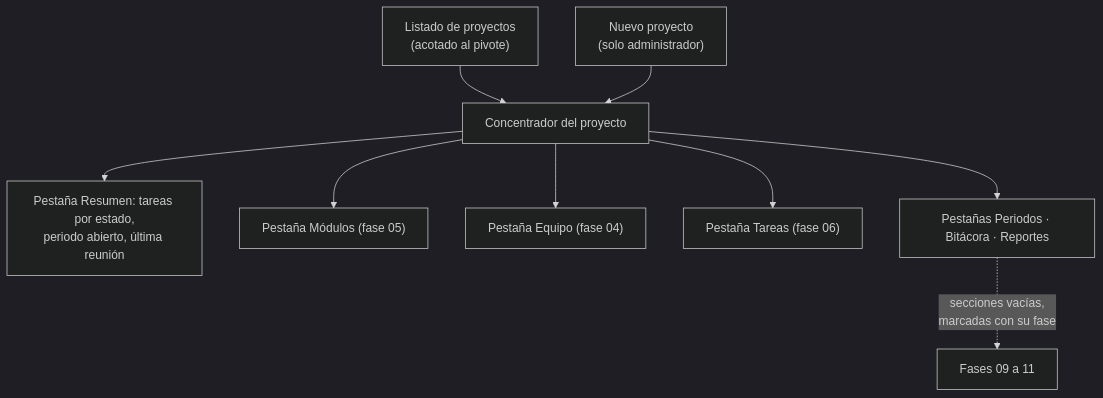
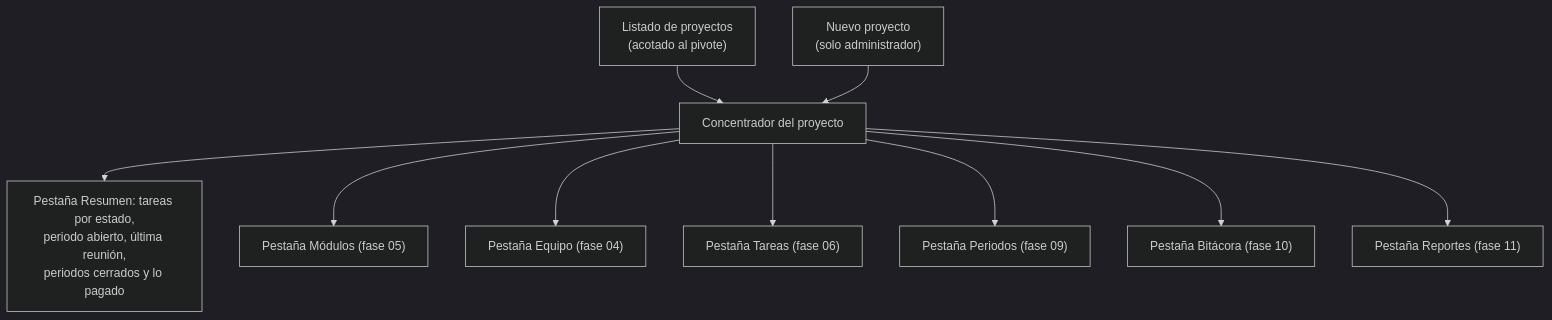
Before and after one commit to stivenfon97/gestor-tareas: the diagram in docs/modulos/proyectos.md, drawn with Mermaid (dark theme). The commit also changed other lines of this file and 5 other files, not shown here.

````diff
--- a/docs/modulos/proyectos.md
+++ b/docs/modulos/proyectos.md
@@ -59,13 +59,13 @@
 ```mermaid
 flowchart TD
     listado["Listado de proyectos<br/>(acotado al pivote)"] --> detalle["Concentrador del proyecto"]
     crear["Nuevo proyecto<br/>(solo administrador)"] --> detalle
 
-    detalle --> resumen["Pestaña Resumen: tareas por estado,<br/>periodo abierto, última reunión"]
+    detalle --> resumen["Pestaña Resumen: tareas por estado,<br/>periodo abierto, última reunión,<br/>periodos cerrados y lo pagado"]
     detalle --> modulos["Pestaña Módulos (fase 05)"]
     detalle --> equipo["Pestaña Equipo (fase 04)"]
     detalle --> tareas["Pestaña Tareas (fase 06)"]
-    detalle --> pendientes["Pestañas Periodos · Bitácora · Reportes"]
-
-    pendientes -.->|"secciones vacías,<br/>marcadas con su fase"| futuro["Fases 09 a 11"]
+    detalle --> periodos["Pestaña Periodos (fase 09)"]
+    detalle --> bitacora["Pestaña Bitácora (fase 10)"]
+    detalle --> reportes["Pestaña Reportes (fase 11)"]
 ```
````
